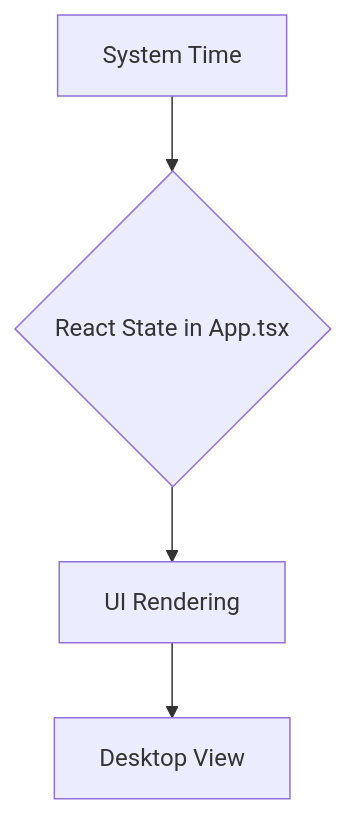
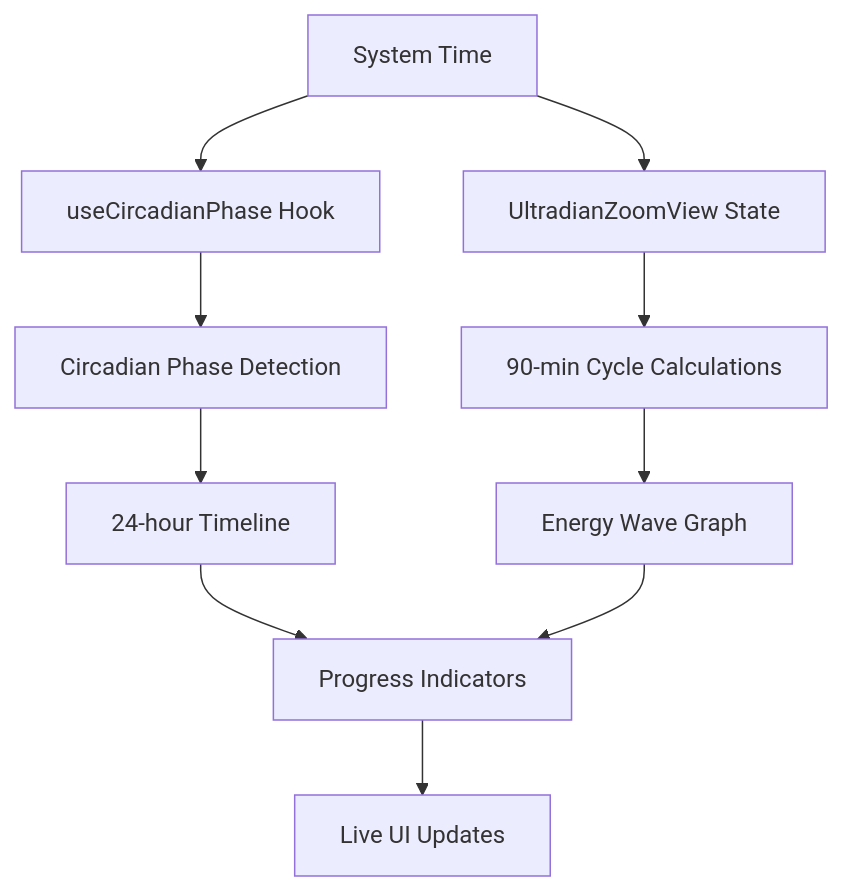
Before and after one commit to maxmaeser/circada: the diagram in architecture.md, drawn with Mermaid. The commit also changed other lines of this file and 1 other file, not shown here.

````diff
--- a/architecture.md
+++ b/architecture.md
@@ -39,6 +50,12 @@
 ```mermaid
 flowchart TD
-    A[System Time] --> B{React State in App.tsx};
-    B --> C[UI Rendering];
-    C --> D[Desktop View];
+    A[System Time] --> B[useCircadianPhase Hook];
+    A --> C[UltradianZoomView State];
+    B --> D[Circadian Phase Detection];
+    C --> E[90-min Cycle Calculations];
+    D --> F[24-hour Timeline];
+    E --> G[Energy Wave Graph];
+    F --> H[Progress Indicators];
+    G --> H;
+    H --> I[Live UI Updates];
 ```
````
